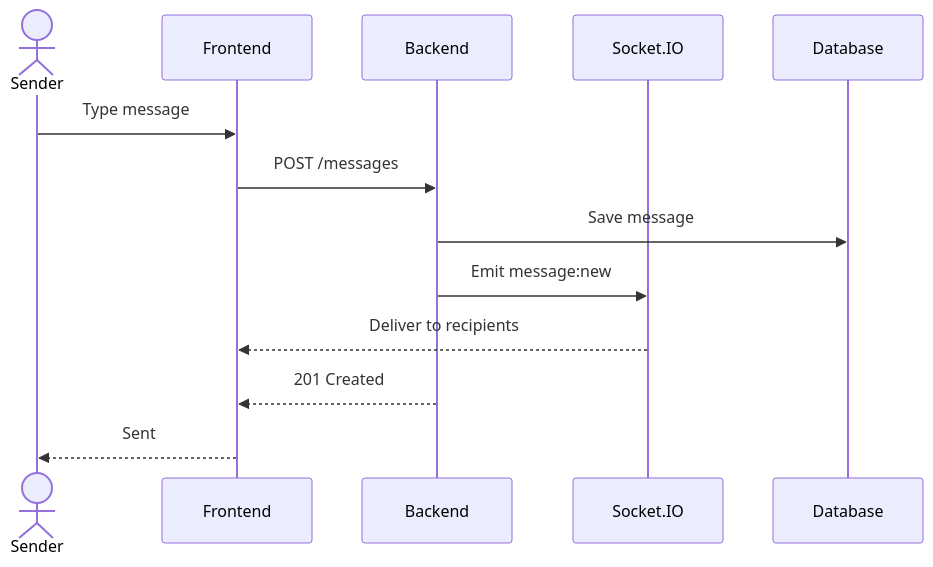
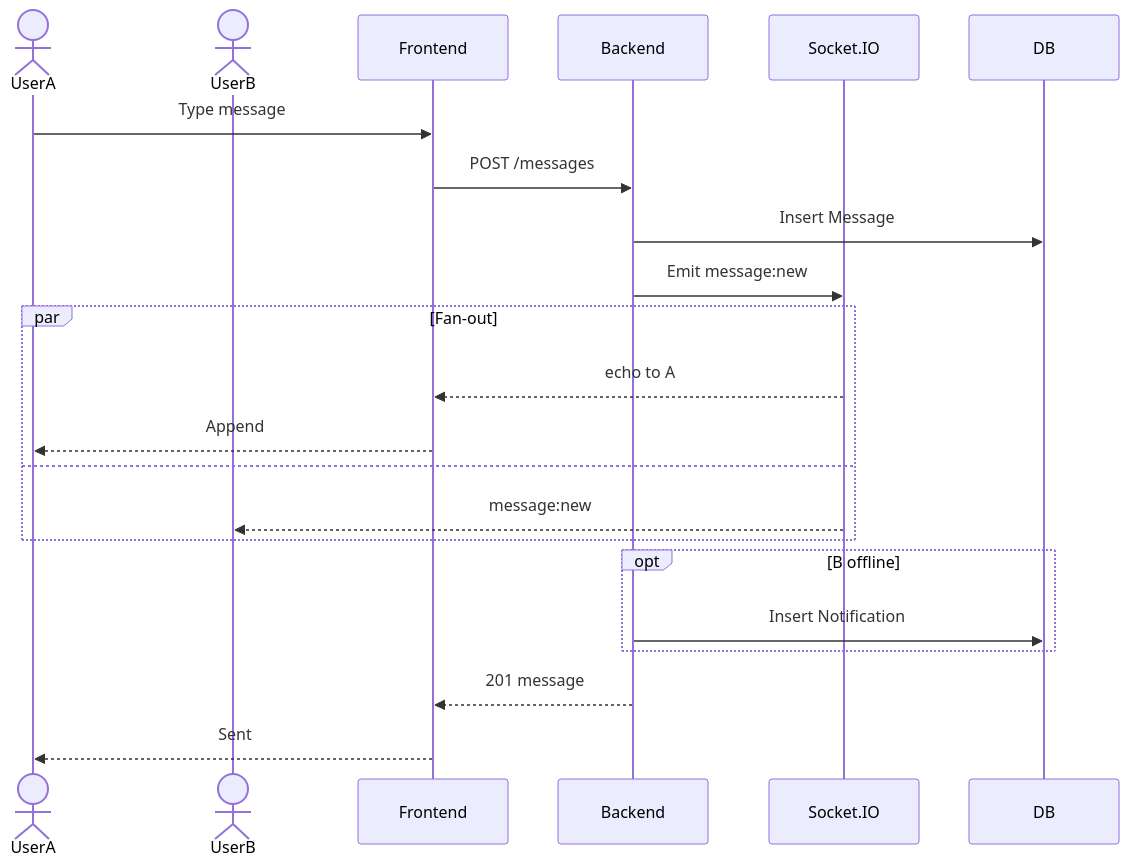
Before and after one commit to MaizaAymen/OmniLearn: the fourth of 8 diagrams in docs/07_chapitre5_sprint3.md, drawn with Mermaid.

````diff
--- a/docs/07_chapitre5_sprint3.md
+++ b/docs/07_chapitre5_sprint3.md
@@ -190,16 +190,28 @@
 ```mermaid
 sequenceDiagram
-    actor Sender
+    actor A as UserA
+    actor B as UserB
     participant FE as Frontend
     participant API as Backend
     participant Hub as Socket.IO
-    participant DB as Database
+    participant DB as DB
 
-    Sender->>FE: Type message
+    A->>FE: Type message
     FE->>API: POST /messages
-    API->>DB: Save message
+    API->>DB: Insert Message
     API->>Hub: Emit message:new
-    Hub-->>FE: Deliver to recipients
-    API-->>FE: 201 Created
-    FE-->>Sender: Sent
+
+    par Fan-out
+        Hub-->>FE: echo to A
+        FE-->>A: Append
+    and
+        Hub-->>B: message:new
+    end
+
+    opt B offline
+        API->>DB: Insert Notification
+    end
+
+    API-->>FE: 201 message
+    FE-->>A: Sent
 ```
````
